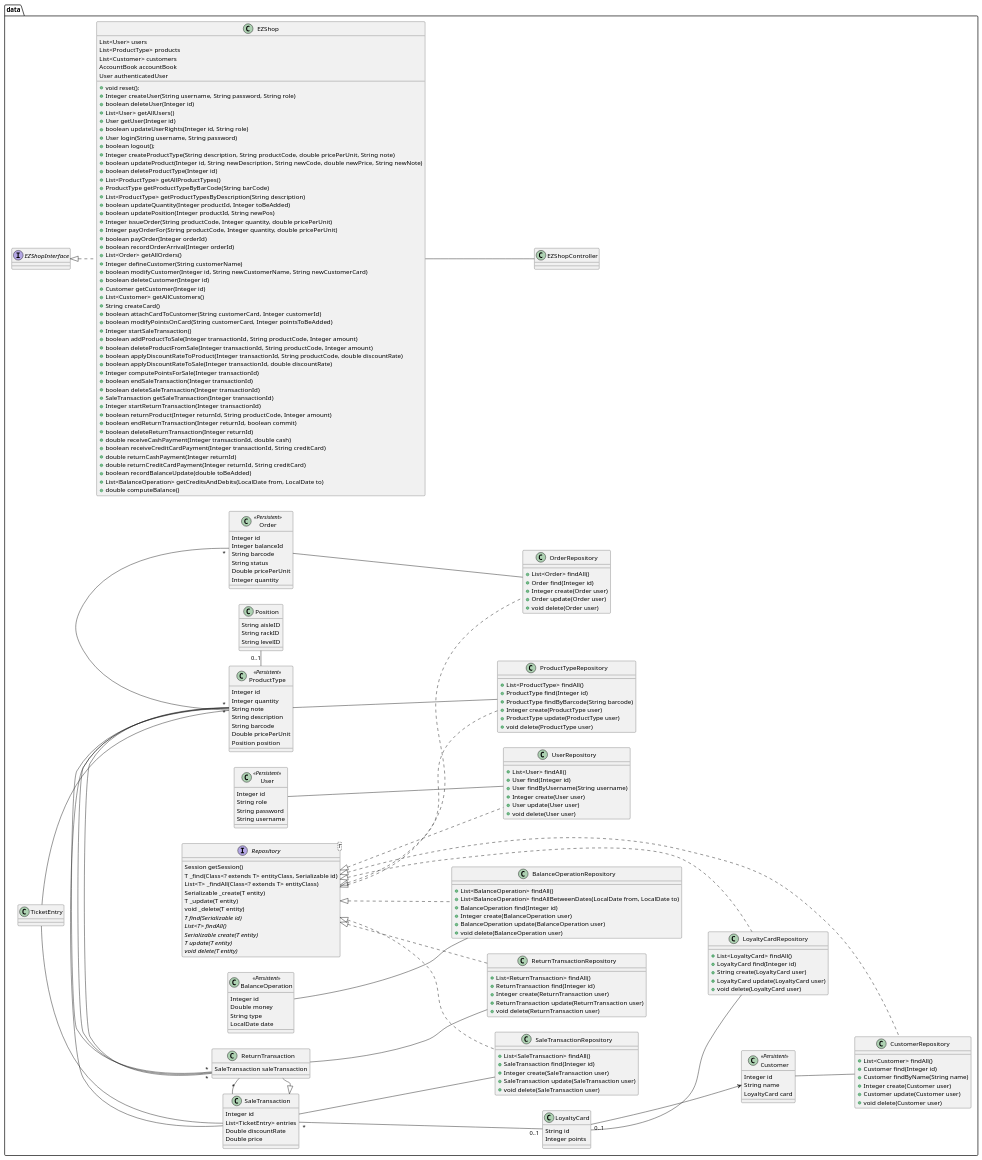
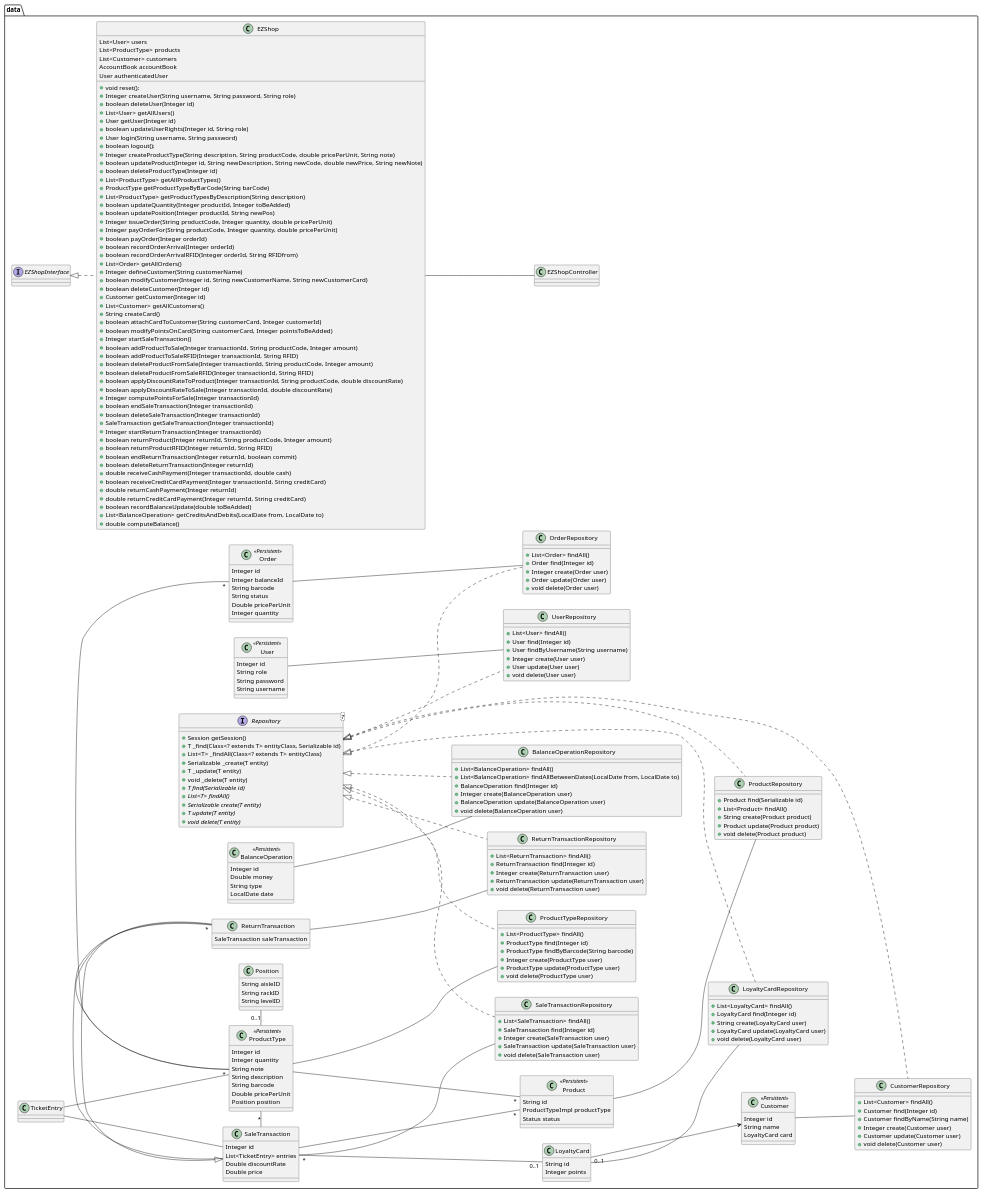
Before and after one commit to mspronesti/ezshop: the second of 10 diagrams in Deliverables/DesignDocument.md, drawn with PlantUML. The commit also changed other lines of this file, not shown here.

Commit message:
docs (DesignDocument): align class diagram to change2

```diff
--- a/Deliverables/DesignDocument.md
+++ b/Deliverables/DesignDocument.md
@@ -81,6 +81,7 @@
         + Integer payOrderFor(String productCode, Integer quantity, double pricePerUnit)
         + boolean payOrder(Integer orderId)
         + boolean recordOrderArrival(Integer orderId)
+        + boolean recordOrderArrivalRFID(Integer orderId, String RFIDfrom)
         + List<Order> getAllOrders()
         + Integer defineCustomer(String customerName)
         + boolean modifyCustomer(Integer id, String newCustomerName, String newCustomerCard)
@@ -92,7 +93,9 @@
         + boolean modifyPointsOnCard(String customerCard, Integer pointsToBeAdded)
         + Integer startSaleTransaction()
         + boolean addProductToSale(Integer transactionId, String productCode, Integer amount)
+        + boolean addProductToSaleRFID(Integer transactionId, String RFID)
         + boolean deleteProductFromSale(Integer transactionId, String productCode, Integer amount)
+        + boolean deleteProductFromSaleRFID(Integer transactionId, String RFID)
         + boolean applyDiscountRateToProduct(Integer transactionId, String productCode, double discountRate)
         + boolean applyDiscountRateToSale(Integer transactionId, double discountRate)
         + Integer computePointsForSale(Integer transactionId)
@@ -101,6 +104,7 @@
         + SaleTransaction getSaleTransaction(Integer transactionId)
         + Integer startReturnTransaction(Integer transactionId)
         + boolean returnProduct(Integer returnId, String productCode, Integer amount)
+        + boolean returnProductRFID(Integer returnId, String RFID)
         + boolean endReturnTransaction(Integer returnId, boolean commit)
         + boolean deleteReturnTransaction(Integer returnId)
         + double receiveCashPayment(Integer transactionId, double cash)
@@ -115,17 +119,17 @@
     EZShop -- EZShopController
 
     interface Repository<T> {
-        Session getSession()
-        T _find(Class<? extends T> entityClass, Serializable id)
-        List<T> _findAll(Class<? extends T> entityClass)
-        Serializable _create(T entity)
-        T _update(T entity)
-        void _delete(T entity)
-        {abstract} T find(Serializable id)
-        {abstract} List<T> findAll()
-        {abstract} Serializable create(T entity)
-        {abstract} T update(T entity)
-        {abstract} void delete(T entity)
+        + Session getSession()
+        + T _find(Class<? extends T> entityClass, Serializable id)
+        + List<T> _findAll(Class<? extends T> entityClass)
+        + Serializable _create(T entity)
+        + T _update(T entity)
+        + void _delete(T entity)
+        + {abstract} T find(Serializable id)
+        + {abstract} List<T> findAll()
+        + {abstract} Serializable create(T entity)
+        + {abstract} T update(T entity)
+        + {abstract} void delete(T entity)
     }
 
     class User <<Persistent>> {
@@ -136,12 +140,12 @@
     }
 
     class UserRepository implements Repository {
-        +List<User> findAll()
-        +User find(Integer id)
-        +User findByUsername(String username)
-        +Integer create(User user)
-        +User update(User user)
-        +void delete(User user)
+        + List<User> findAll()
+        + User find(Integer id)
+        + User findByUsername(String username)
+        + Integer create(User user)
+        + User update(User user)
+        + void delete(User user)
     }
 
     User -- UserRepository
@@ -153,12 +157,12 @@
     }
 
     class CustomerRepository implements Repository {
-        +List<Customer> findAll()
-        +Customer find(Integer id)
-        +Customer findByName(String name)
-        +Integer create(Customer user)
-        +Customer update(Customer user)
-        +void delete(Customer user)
+        + List<Customer> findAll()
+        + Customer find(Integer id)
+        + Customer findByName(String name)
+        + Integer create(Customer user)
+        + Customer update(Customer user)
+        + void delete(Customer user)
     }
 
     Customer -- CustomerRepository
@@ -171,12 +175,12 @@
     }
 
     class BalanceOperationRepository implements Repository {
-        +List<BalanceOperation> findAll()
-        +List<BalanceOperation> findAllBetweenDates(LocalDate from, LocalDate to)
-        +BalanceOperation find(Integer id)
-        +Integer create(BalanceOperation user)
-        +BalanceOperation update(BalanceOperation user)
-        +void delete(BalanceOperation user)
+        + List<BalanceOperation> findAll()
+        + List<BalanceOperation> findAllBetweenDates(LocalDate from, LocalDate to)
+        + BalanceOperation find(Integer id)
+        + Integer create(BalanceOperation user)
+        + BalanceOperation update(BalanceOperation user)
+        + void delete(BalanceOperation user)
     }
 
     BalanceOperation -- BalanceOperationRepository
@@ -187,11 +191,11 @@
     }
 
     class LoyaltyCardRepository implements Repository {
-        +List<LoyaltyCard> findAll()
-        +LoyaltyCard find(Integer id)
-        +String create(LoyaltyCard user)
-        +LoyaltyCard update(LoyaltyCard user)
-        +void delete(LoyaltyCard user)
+        + List<LoyaltyCard> findAll()
+        + LoyaltyCard find(Integer id)
+        + String create(LoyaltyCard user)
+        + LoyaltyCard update(LoyaltyCard user)
+        + void delete(LoyaltyCard user)
     }
 
     LoyaltyCard -- LoyaltyCardRepository
@@ -206,34 +210,49 @@
     }
 
     class OrderRepository implements Repository {
-        +List<Order> findAll()
-        +Order find(Integer id)
-        +Integer create(Order user)
-        +Order update(Order user)
-        +void delete(Order user)
+        + List<Order> findAll()
+        + Order find(Integer id)
+        + Integer create(Order user)
+        + Order update(Order user)
+        + void delete(Order user)
     }
 
     Order -- OrderRepository
 
     class ProductType <<Persistent>> {
-        Integer id
-        Integer quantity
-        String note
-        String description
-        String barcode
-        Double pricePerUnit
-        Position position
+       Integer id
+       Integer quantity
+       String note
+       String description
+       String barcode
+       Double pricePerUnit
+       Position position
+    }
+
+    class Product <<Persistent>> {
+        String id
+       ProductTypeImpl productType
+       Status status
+    }
+
+    class ProductRepository implements Repository {
+        + Product find(Serializable id)
+        + List<Product> findAll() 
+        + String create(Product product)
+        + Product update(Product product)
+        + void delete(Product product)
     }
 
     class ProductTypeRepository implements Repository {
-        +List<ProductType> findAll()
-        +ProductType find(Integer id)
-        +ProductType findByBarcode(String barcode)
-        +Integer create(ProductType user)
-        +ProductType update(ProductType user)
-        +void delete(ProductType user)
+        + List<ProductType> findAll()
+        + ProductType find(Integer id)
+        + ProductType findByBarcode(String barcode)
+        + Integer create(ProductType user)
+        + ProductType update(ProductType user)
+        + void delete(ProductType user)
     }
-
+    Product -- ProductRepository
+    ProductType -- "*" Product
     ProductType -- ProductTypeRepository
 
     class Position {
@@ -243,11 +262,11 @@
     }
 
     class SaleTransactionRepository implements Repository {
-        +List<SaleTransaction> findAll()
-        +SaleTransaction find(Integer id)
-        +Integer create(SaleTransaction user)
-        +SaleTransaction update(SaleTransaction user)
-        +void delete(SaleTransaction user)
+        + List<SaleTransaction> findAll()
+        + SaleTransaction find(Integer id)
+        + Integer create(SaleTransaction user)
+        + SaleTransaction update(SaleTransaction user)
+        + void delete(SaleTransaction user)
     }
 
     class SaleTransaction {
@@ -262,13 +281,14 @@
     }
 
     SaleTransaction -- SaleTransactionRepository
+    SaleTransaction -- "*" Product
     
     class ReturnTransactionRepository implements Repository {
-        +List<ReturnTransaction> findAll()
-        +ReturnTransaction find(Integer id)
-        +Integer create(ReturnTransaction user)
-        +ReturnTransaction update(ReturnTransaction user)
-        +void delete(ReturnTransaction user)
+        + List<ReturnTransaction> findAll()
+        + ReturnTransaction find(Integer id)
+        + Integer create(ReturnTransaction user)
+        + ReturnTransaction update(ReturnTransaction user)
+        + void delete(ReturnTransaction user)
     }
     
     ReturnTransaction -- ReturnTransactionRepository
@@ -285,8 +305,6 @@
     ProductType - "0..1" Position
 
     ReturnTransaction "*" - SaleTransaction
-    ReturnTransaction "*" - ProductType
-    ReturnTransaction "*" - ProductType
 
     TicketEntry -- SaleTransaction
     TicketEntry -- ProductType
```
